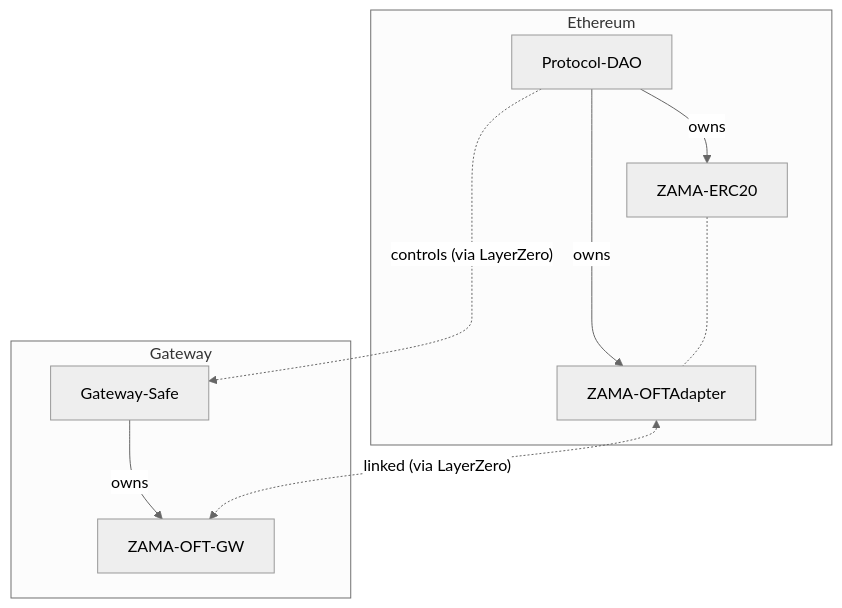
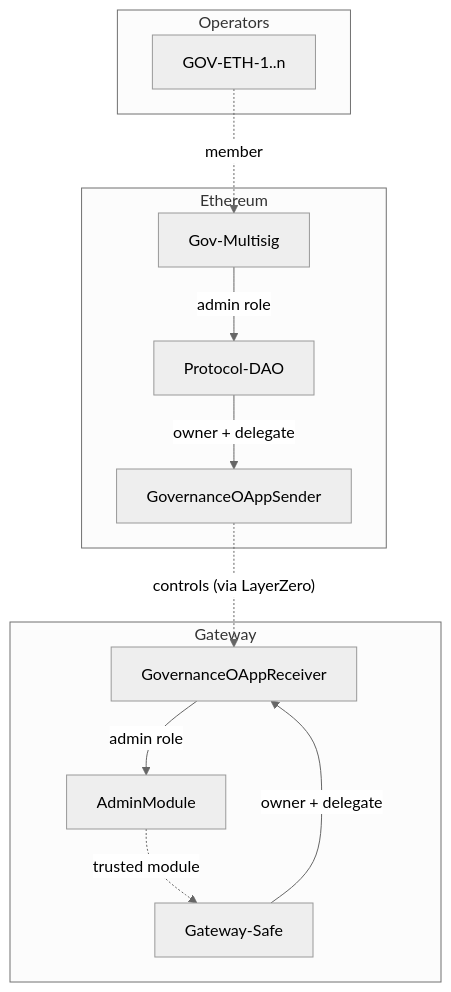
The first of 2 diagrams in docs/governance.md (zama-ai/protocol-apps), drawn with Mermaid (neutral theme) before and after one commit. The commit also changed other lines of this file and 12 other files, not shown here.

````diff
--- a/docs/governance.md
+++ b/docs/governance.md
@@ -13,26 +14,31 @@
 ```mermaid
 
 
 flowchart
-    subgraph Ethereum
-        Protocol-DAO
-        ZAMA-ERC20
-        ZAMA-OFTAdapter
-
-        Protocol-DAO -- owns --> ZAMA-ERC20
-        Protocol-DAO -- owns --> ZAMA-OFTAdapter
-
-        ZAMA-ERC20 -..- ZAMA-OFTAdapter
+    subgraph Operators
+        GOV-ETH-1..n
     end
 
-    subgraph Gateway
-        Gateway-Safe
-        ZAMA-OFT-GW
+    subgraph Ethereum
+        Gov-Multisig
+        Protocol-DAO
+        GovernanceOAppSender
 
-        Gateway-Safe -- owns --> ZAMA-OFT-GW
+        Gov-Multisig -- admin role --> Protocol-DAO
+        Protocol-DAO -- owner + delegate --> GovernanceOAppSender
     end
 
-    Protocol-DAO -. controls (via LayerZero) .-> Gateway-Safe
+    GOV-ETH-1..n -. member .-> Gov-Multisig
 
-    ZAMA-OFTAdapter <-. linked (via LayerZero) .-> ZAMA-OFT-GW
+    subgraph Gateway
+        GovernanceOAppReceiver
+        AdminModule
+        Gateway-Safe
+
+        GovernanceOAppReceiver -- admin role --> AdminModule
+        AdminModule -. trusted module .-> Gateway-Safe
+        Gateway-Safe -- owner + delegate --> GovernanceOAppReceiver
+    end
+
+    GovernanceOAppSender -. controls (via LayerZero) .-> GovernanceOAppReceiver
 ```
````
